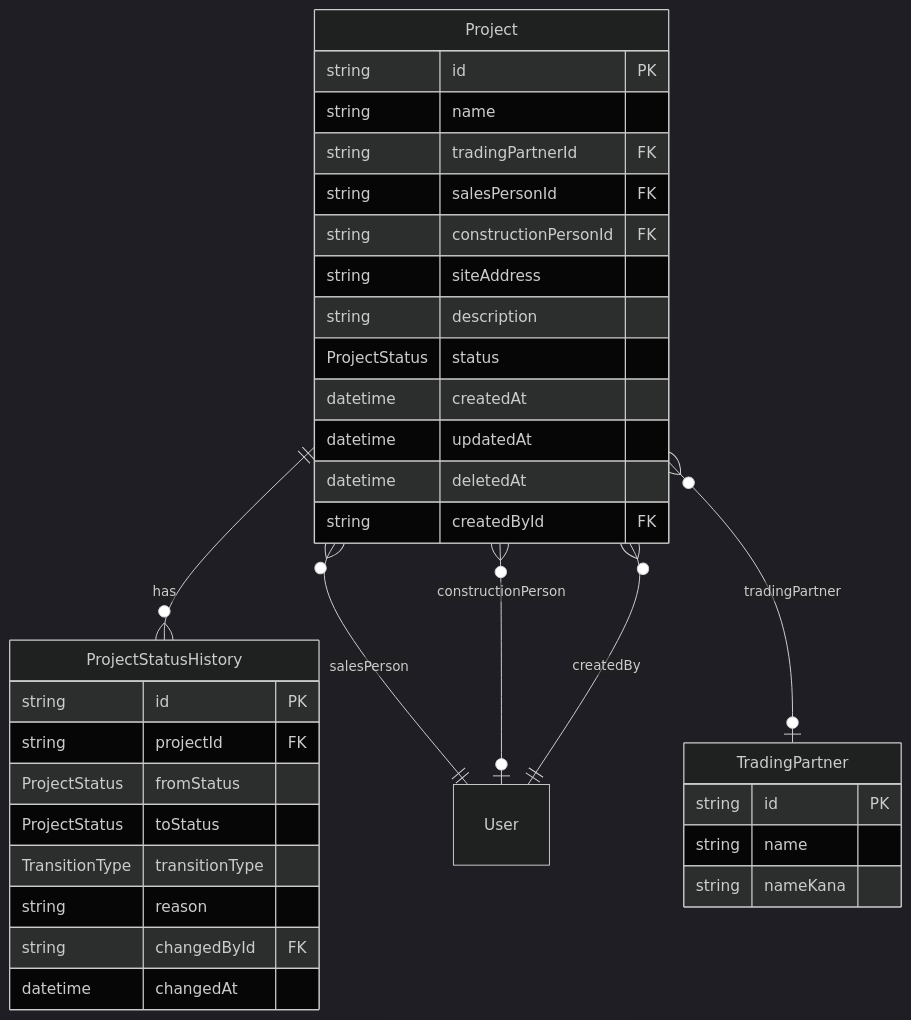
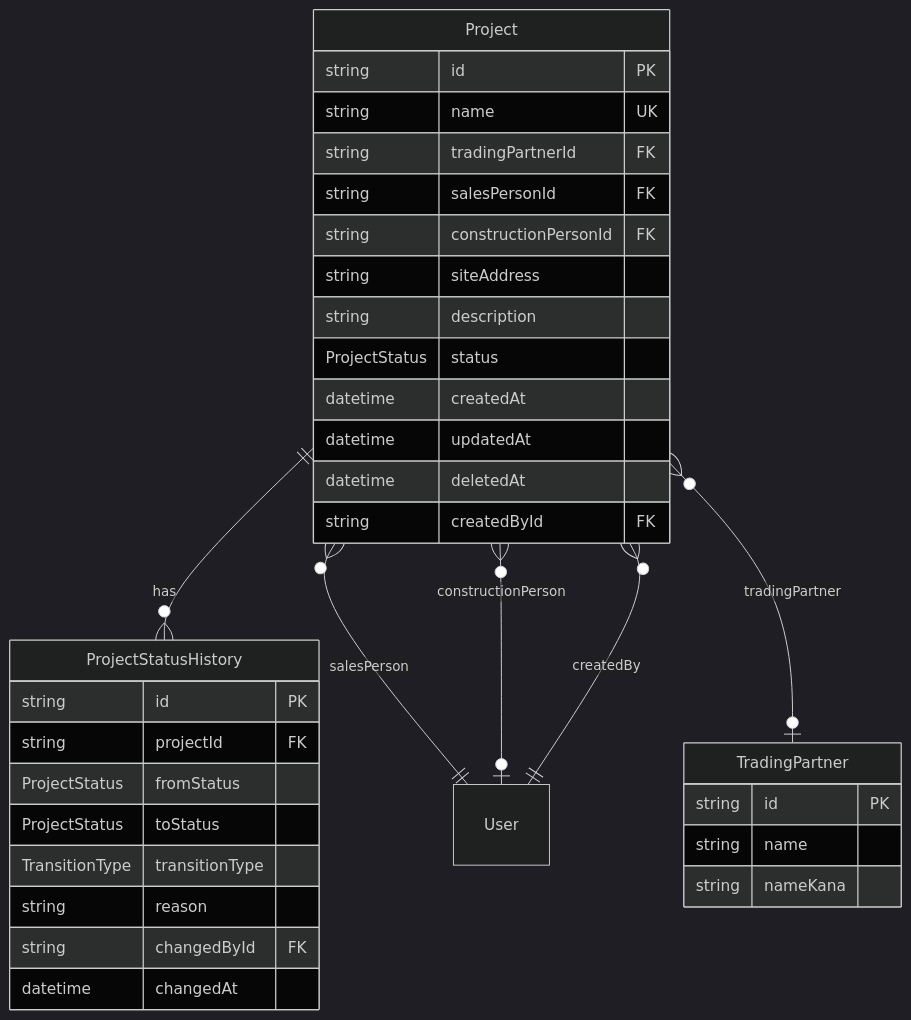
The fifth of 5 diagrams in .kiro/specs/project-management/design.md (inakanou/ArchiTrack), drawn with Mermaid (dark theme) before and after one commit. The commit also changed other lines of this file and 3 other files, not shown here.

````diff
--- a/.kiro/specs/project-management/design.md
+++ b/.kiro/specs/project-management/design.md
@@ -1205,40 +1625,40 @@
 ```mermaid
 erDiagram
     Project ||--o{ ProjectStatusHistory : has
     Project }o--|| User : salesPerson
     Project }o--o| User : constructionPerson
     Project }o--|| User : createdBy
     Project }o--o| TradingPartner : tradingPartner
 
     Project {
         string id PK
-        string name
+        string name UK
         string tradingPartnerId FK
         string salesPersonId FK
         string constructionPersonId FK
         string siteAddress
         string description
         ProjectStatus status
         datetime createdAt
         datetime updatedAt
         datetime deletedAt
         string createdById FK
     }
 
     TradingPartner {
         string id PK
         string name
         string nameKana
     }
 
     ProjectStatusHistory {
         string id PK
         string projectId FK
         ProjectStatus fromStatus
         ProjectStatus toStatus
         TransitionType transitionType
         string reason
         string changedById FK
         datetime changedAt
     }
 ```
````
